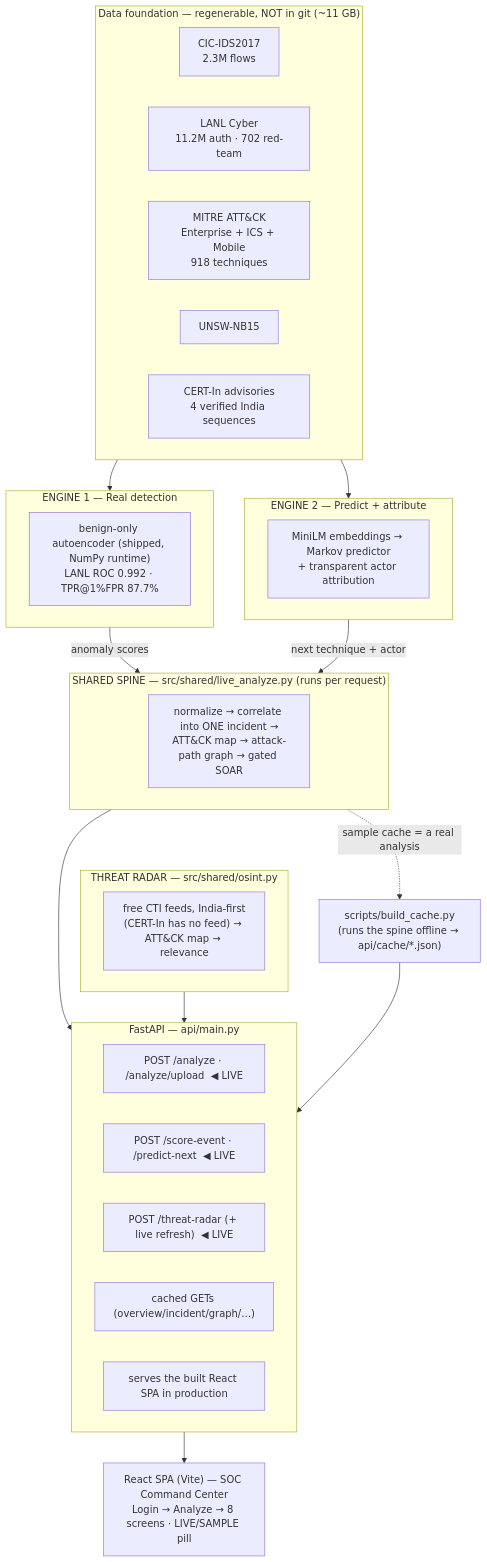
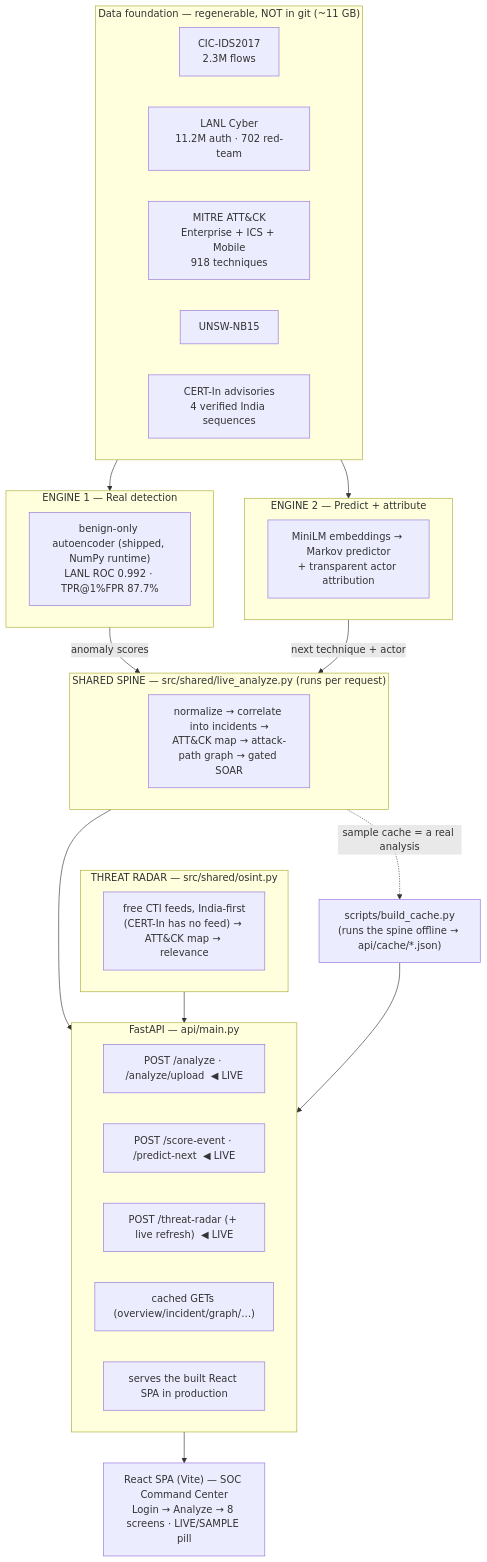
One commit to RishiiGamer2201/resilience-graph-ai changed the first of 2 diagrams in architecture.md. Above: the diagram before and after it, drawn with Mermaid. The commit also changed other lines of this file and 8 other files, not shown here.

First line of the commit message:
docs: the "one incident" story was the return shape, not a finding

````diff
--- a/architecture.md
+++ b/architecture.md
@@ -7,46 +7,46 @@
 ```mermaid
 flowchart TB
   subgraph DATA["Data foundation — regenerable, NOT in git (~11 GB)"]
     CIC["CIC-IDS2017<br/>2.3M flows"]
     LANL["LANL Cyber<br/>11.2M auth · 702 red-team"]
     ATTACK["MITRE ATT&CK<br/>Enterprise + ICS + Mobile<br/>918 techniques"]
     UNSW["UNSW-NB15"]
     CERTIN["CERT-In advisories<br/>4 verified India sequences"]
   end
 
   subgraph E1["ENGINE 1 — Real detection"]
     IF["benign-only autoencoder (shipped, NumPy runtime)<br/>LANL ROC 0.992 · TPR@1%FPR 87.7%"]
   end
   subgraph E2["ENGINE 2 — Predict + attribute"]
     PRED["MiniLM embeddings → Markov predictor<br/>+ transparent actor attribution"]
   end
 
   DATA --> E1
   DATA --> E2
 
   subgraph SPINE["SHARED SPINE — src/shared/live_analyze.py (runs per request)"]
-    S["normalize → correlate into ONE incident →<br/>ATT&CK map → attack-path graph → gated SOAR"]
+    S["normalize → correlate into incidents →<br/>ATT&CK map → attack-path graph → gated SOAR"]
   end
   E1 -- "anomaly scores" --> SPINE
   E2 -- "next technique + actor" --> SPINE
 
   subgraph RADAR["THREAT RADAR — src/shared/osint.py"]
     FEEDS["free CTI feeds, India-first<br/>(CERT-In has no feed) → ATT&CK map → relevance"]
   end
 
   SPINE --> API
   RADAR --> API
   BUILD["scripts/build_cache.py<br/>(runs the spine offline → api/cache/*.json)"]
   SPINE -. "sample cache = a real analysis" .-> BUILD
   BUILD --> API
 
   subgraph API["FastAPI — api/main.py"]
     A1["POST /analyze · /analyze/upload  ◀ LIVE"]
     A2["POST /score-event · /predict-next  ◀ LIVE"]
     A3["POST /threat-radar (+ live refresh)  ◀ LIVE"]
     A4["cached GETs (overview/incident/graph/…)"]
     A5["serves the built React SPA in production"]
   end
 
   API --> SPA["React SPA (Vite) — SOC Command Center<br/>Login → Analyze → 8 screens · LIVE/SAMPLE pill"]
 ```
````
